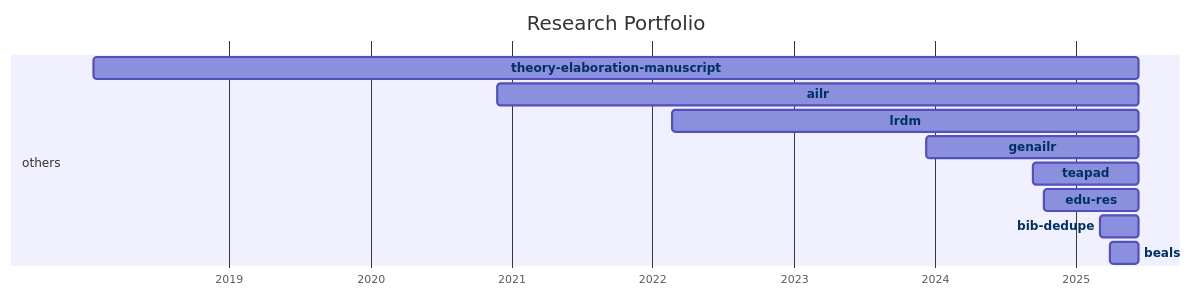
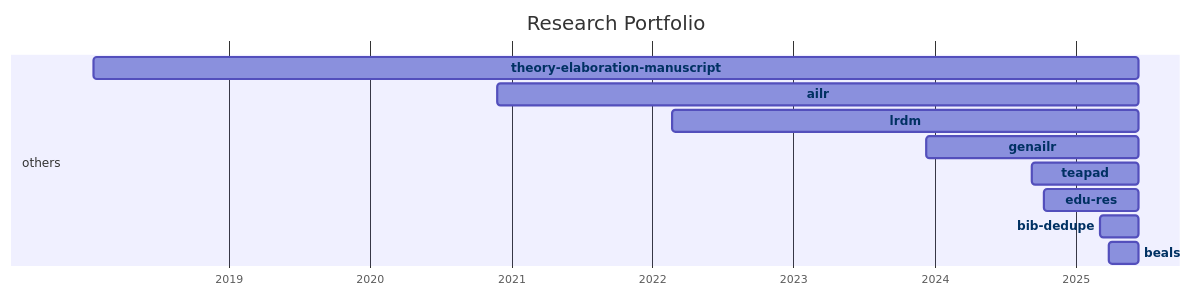
Before and after one commit to digital-work-lab/handbook: the diagram in docs/20-research/25-projects-gantt.md, drawn with Mermaid. The commit also changed 1 other file, not shown here.

Commit message:
Update repository overview

````diff
--- a/docs/20-research/25-projects-gantt.md
+++ b/docs/20-research/25-projects-gantt.md
@@ -8,35 +8,35 @@
 ```mermaid
 ---
 displayMode: compact
 ---
 gantt
 title Research Portfolio
 dateFormat YYYY-MM-DD
 axisFormat %Y
 
     section work_practices
 
     section distributed_organizing
 
     section knowledge_synthesis
 
     section others
-        beals :beals, 2025-03-28, 2025-06-11
-        bib-dedupe :bib-dedupe, 2025-03-04, 2025-06-11
-        edu-res :edu-res, 2024-10-10, 2025-06-11
-        teapad :teapad, 2024-09-10, 2025-06-11
-        genailr :genailr, 2023-12-10, 2025-06-11
-        lrdm :lrdm, 2022-02-20, 2025-06-11
-        ailr :ailr, 2020-11-26, 2025-06-11
-        theory-elaboration-manuscript :theory-elaboration-manuscript, 2018-01-15, 2025-06-11
+        beals :beals, 2025-03-28, 2025-06-12
+        bib-dedupe :bib-dedupe, 2025-03-04, 2025-06-12
+        edu-res :edu-res, 2024-10-10, 2025-06-12
+        teapad :teapad, 2024-09-10, 2025-06-12
+        genailr :genailr, 2023-12-10, 2025-06-12
+        lrdm :lrdm, 2022-02-20, 2025-06-12
+        ailr :ailr, 2020-11-26, 2025-06-12
+        theory-elaboration-manuscript :theory-elaboration-manuscript, 2018-01-15, 2025-06-12
 
 
     click beals href "{{ site.baseurl }}/docs/20-research/25-projects/_repos/beals"
     click bib-dedupe href "{{ site.baseurl }}/docs/20-research/25-projects/_repos/bib-dedupe"
     click edu-res href "{{ site.baseurl }}/docs/20-research/25-projects/_repos/edu-res"
     click teapad href "{{ site.baseurl }}/docs/20-research/25-projects/_repos/teapad"
     click genailr href "{{ site.baseurl }}/docs/20-research/25-projects/_repos/genailr"
     click lrdm href "{{ site.baseurl }}/docs/20-research/25-projects/_repos/lrdm"
     click ailr href "{{ site.baseurl }}/docs/20-research/25-projects/_repos/ailr"
     click theory-elaboration-manuscript href "{{ site.baseurl }}/docs/20-research/25-projects/_repos/theory-elaboration-manuscript"
 ```
````
